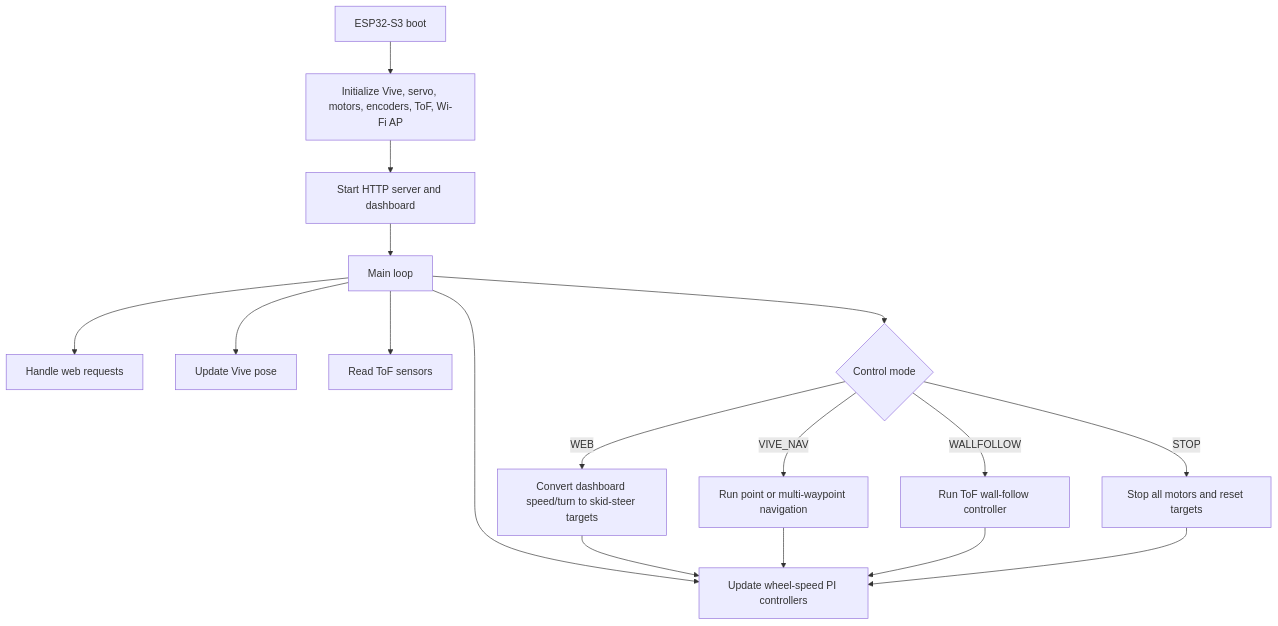
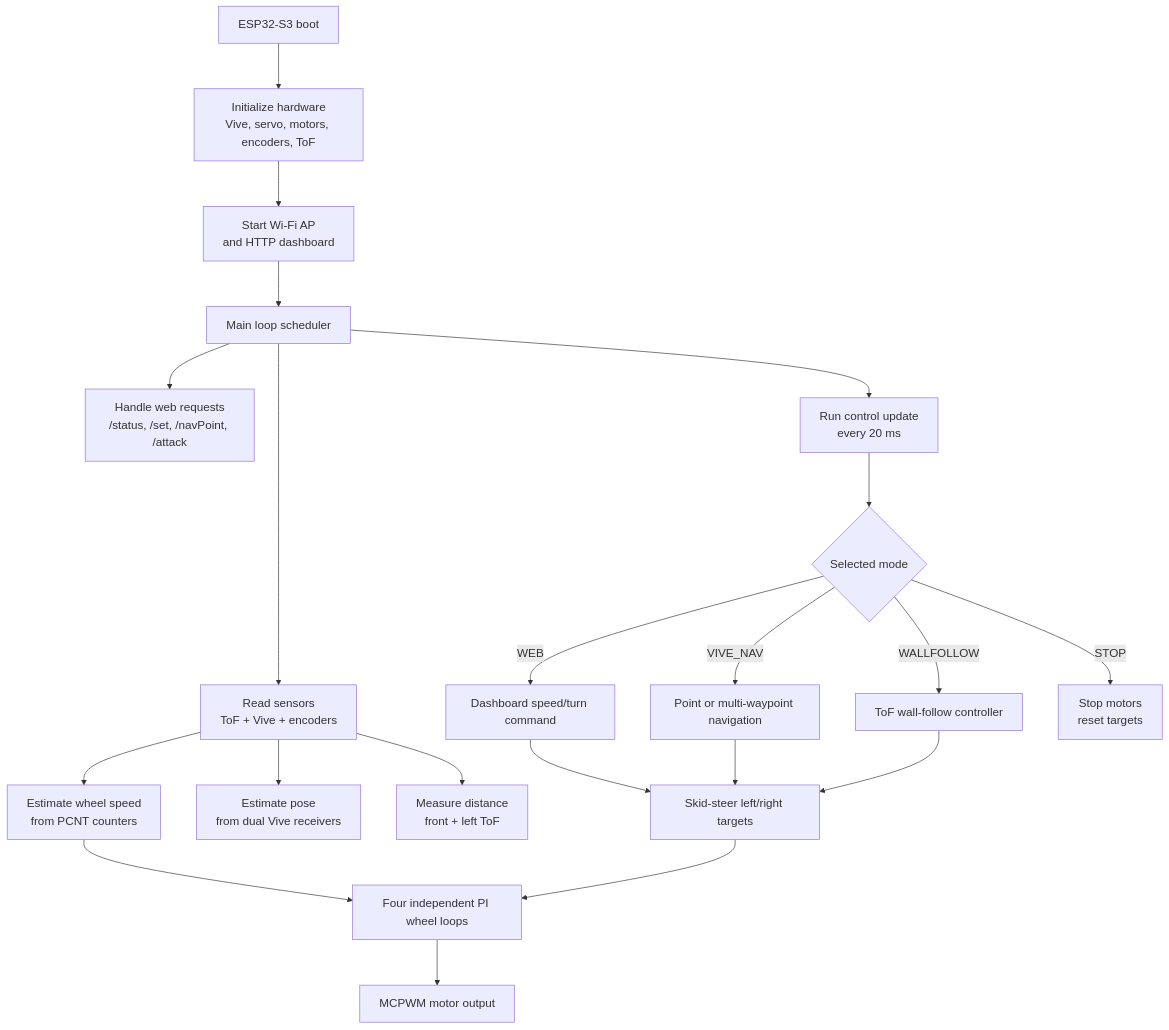
Before and after one commit to wjx5037/wjx5037.github.io: the first of 3 diagrams in content/posts/project4/index.md, drawn with Mermaid. The commit also changed other lines of this file and 5 other files, not shown here.

````diff
--- a/content/posts/project4/index.md
+++ b/content/posts/project4/index.md
@@ -23,19 +23,28 @@
 ```mermaid
-flowchart TD
-    A["ESP32-S3 boot"] --> B["Initialize Vive, servo, motors, encoders, ToF, Wi-Fi AP"]
-    B --> C["Start HTTP server and dashboard"]
-    C --> D["Main loop"]
-    D --> E["Handle web requests"]
-    D --> F["Update wheel-speed PI controllers"]
-    D --> G["Update Vive pose"]
-    D --> H["Read ToF sensors"]
-    D --> I{"Control mode"}
-    I -- WEB --> J["Convert dashboard speed/turn to skid-steer targets"]
-    I -- VIVE_NAV --> K["Run point or multi-waypoint navigation"]
-    I -- WALLFOLLOW --> L["Run ToF wall-follow controller"]
-    I -- STOP --> M["Stop all motors and reset targets"]
-    J --> F
-    K --> F
-    L --> F
-    M --> F
+%%{init: {"flowchart": {"nodeSpacing": 55, "rankSpacing": 70}, "themeVariables": {"fontSize": "18px"}} }%%
+flowchart TB
+    A["ESP32-S3 boot"] --> B["Initialize hardware<br/>Vive, servo, motors, encoders, ToF"]
+    B --> C["Start Wi-Fi AP<br/>and HTTP dashboard"]
+    C --> D["Main loop scheduler"]
+
+    D --> E["Handle web requests<br/>/status, /set, /navPoint, /attack"]
+    D --> F["Read sensors<br/>ToF + Vive + encoders"]
+    D --> G["Run control update<br/>every 20 ms"]
+
+    F --> H["Estimate wheel speed<br/>from PCNT counters"]
+    F --> I["Estimate pose<br/>from dual Vive receivers"]
+    F --> J["Measure distance<br/>front + left ToF"]
+
+    G --> K{"Selected mode"}
+    K -- "WEB" --> L["Dashboard speed/turn command"]
+    K -- "VIVE_NAV" --> M["Point or multi-waypoint navigation"]
+    K -- "WALLFOLLOW" --> N["ToF wall-follow controller"]
+    K -- "STOP" --> O["Stop motors<br/>reset targets"]
+
+    L --> P["Skid-steer left/right targets"]
+    M --> P
+    N --> P
+    P --> Q["Four independent PI wheel loops"]
+    H --> Q
+    Q --> R["MCPWM motor output"]
 ```
````
